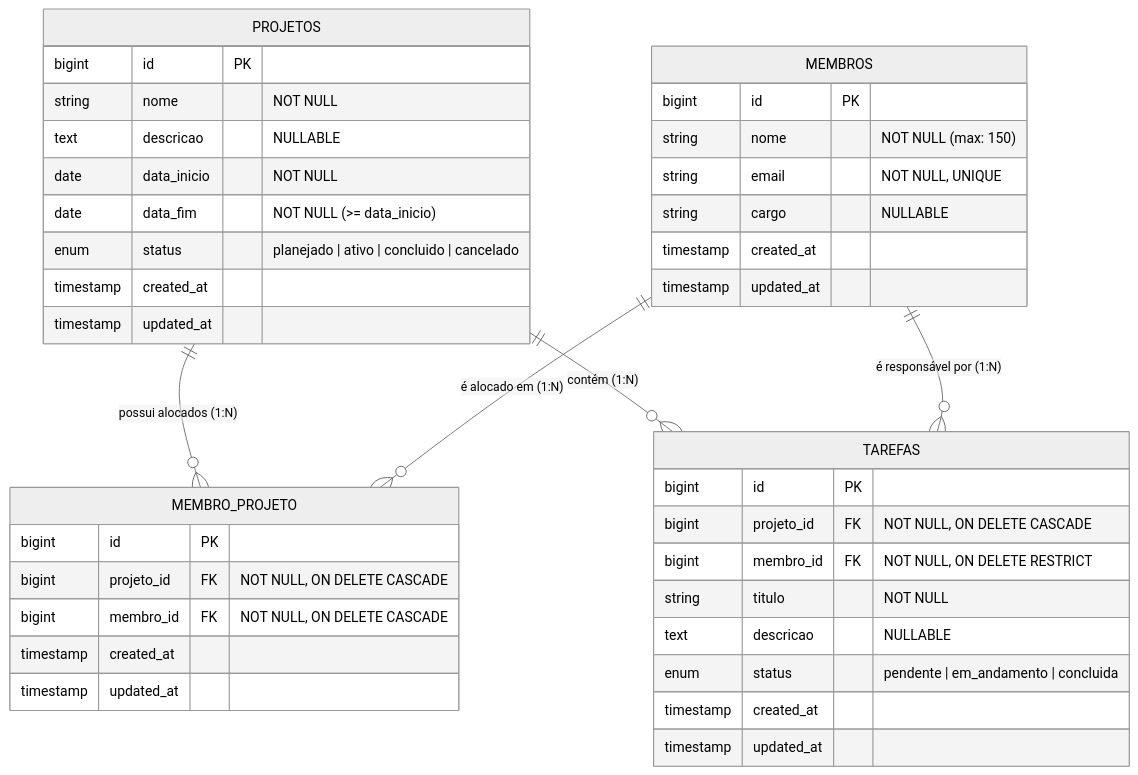
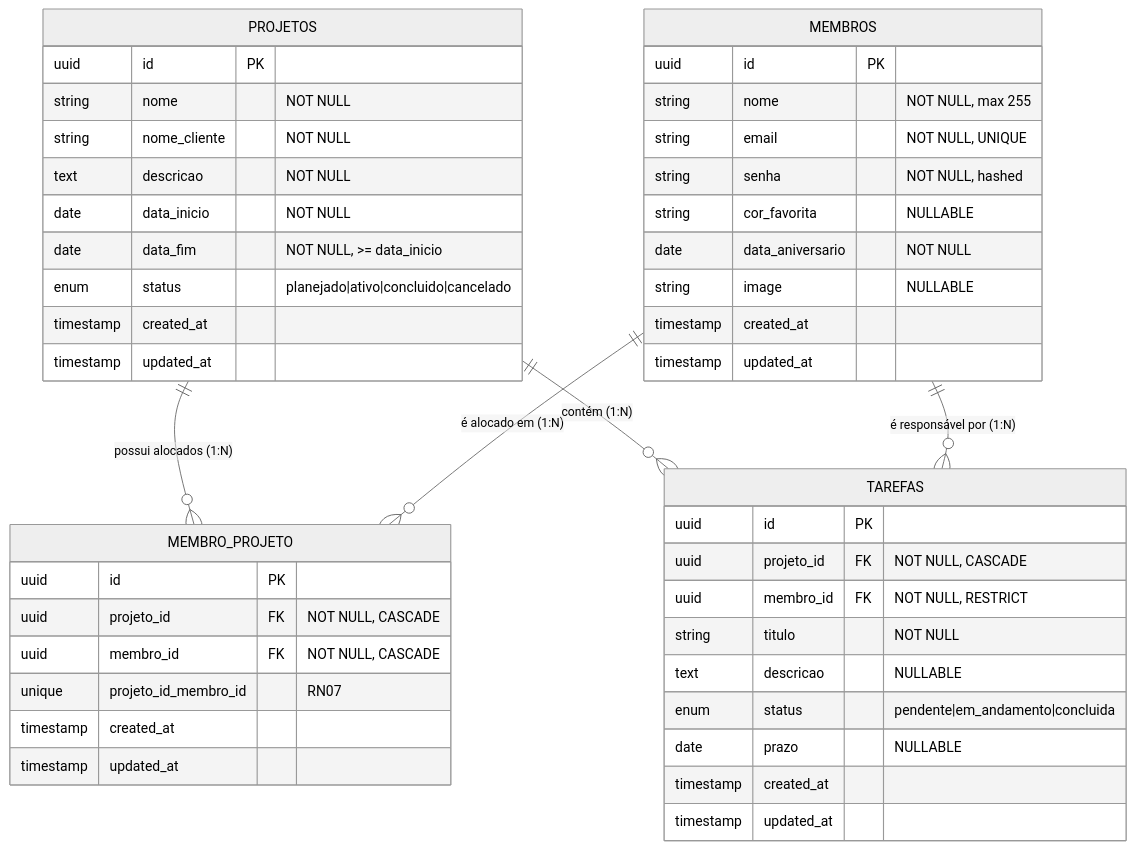
The diagram in README.md (Murilhos/ps-desafio-2026-2), drawn with Mermaid (neutral theme) before and after one commit. The commit also changed other lines of this file and 21 other files, not shown here.

````diff
--- a/README.md
+++ b/README.md
@@ -153,46 +161,52 @@
 ```mermaid
 erDiagram
     PROJETOS ||--o{ MEMBRO_PROJETO : "possui alocados (1:N)"
     MEMBROS ||--o{ MEMBRO_PROJETO : "é alocado em (1:N)"
     PROJETOS ||--o{ TAREFAS : "contém (1:N)"
     MEMBROS ||--o{ TAREFAS : "é responsável por (1:N)"
 
     PROJETOS {
-        bigint id PK
+        uuid id PK
         string nome "NOT NULL"
-        text descricao "NULLABLE"
+        string nome_cliente "NOT NULL"
+        text descricao "NOT NULL"
         date data_inicio "NOT NULL"
-        date data_fim "NOT NULL (>= data_inicio)"
-        enum status "planejado | ativo | concluido | cancelado"
+        date data_fim "NOT NULL, >= data_inicio"
+        enum status "planejado|ativo|concluido|cancelado"
         timestamp created_at
         timestamp updated_at
     }
 
     MEMBROS {
-        bigint id PK
-        string nome "NOT NULL (max: 150)"
+        uuid id PK
+        string nome "NOT NULL, max 255"
         string email "NOT NULL, UNIQUE"
-        string cargo "NULLABLE"
+        string senha "NOT NULL, hashed"
+        string cor_favorita "NULLABLE"
+        date data_aniversario "NOT NULL"
+        string image "NULLABLE"
         timestamp created_at
         timestamp updated_at
     }
 
     MEMBRO_PROJETO {
-        bigint id PK
-        bigint projeto_id FK "NOT NULL, ON DELETE CASCADE"
-        bigint membro_id FK "NOT NULL, ON DELETE CASCADE"
+        uuid id PK
+        uuid projeto_id FK "NOT NULL, CASCADE"
+        uuid membro_id FK "NOT NULL, CASCADE"
+        unique projeto_id_membro_id "RN07"
         timestamp created_at
         timestamp updated_at
     }
 
     TAREFAS {
-        bigint id PK
-        bigint projeto_id FK "NOT NULL, ON DELETE CASCADE"
-        bigint membro_id FK "NOT NULL, ON DELETE RESTRICT"
+        uuid id PK
+        uuid projeto_id FK "NOT NULL, CASCADE"
+        uuid membro_id FK "NOT NULL, RESTRICT"
         string titulo "NOT NULL"
         text descricao "NULLABLE"
-        enum status "pendente | em_andamento | concluida"
+        enum status "pendente|em_andamento|concluida"
+        date prazo "NULLABLE"
         timestamp created_at
         timestamp updated_at
     }
 ```
````
